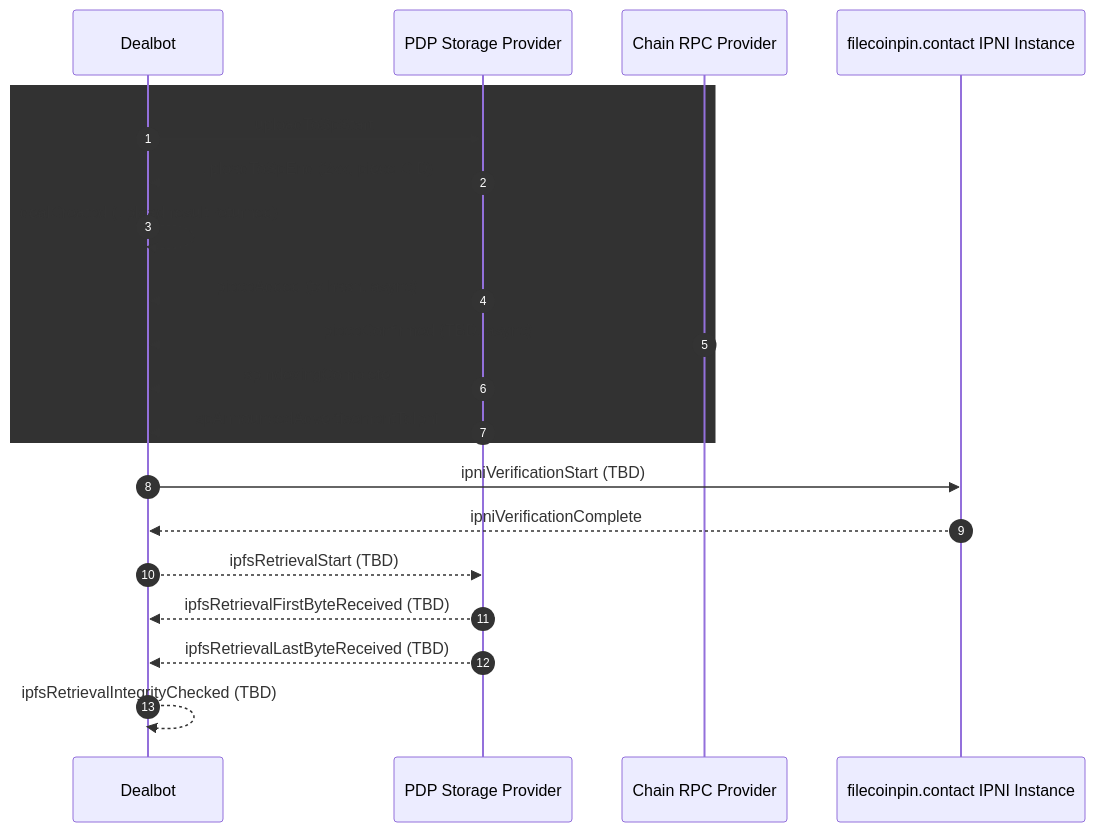
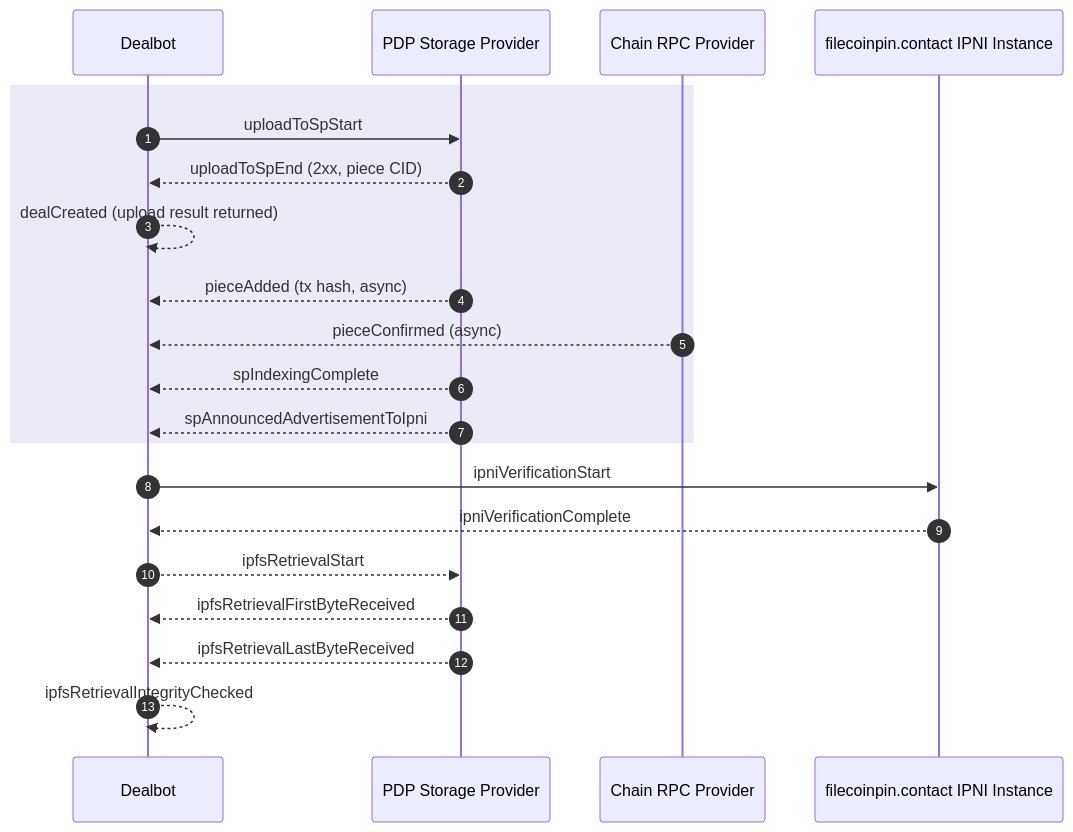
The diagram in docs/checks/events-and-metrics.md (FilOzone/dealbot), drawn with Mermaid before and after one commit. The commit also changed other lines of this file and 2 other files, not shown here.

````diff
--- a/docs/checks/events-and-metrics.md
+++ b/docs/checks/events-and-metrics.md
@@ -13,26 +13,26 @@
 ```mermaid
 sequenceDiagram
   autonumber
   participant Dealbot
   participant SP as PDP Storage Provider
   participant RPC as Chain RPC Provider
   participant IPNI as filecoinpin.contact IPNI Instance
 
-  rect rgb(50, 50, 50)
+  rect rgba(120, 120, 200, 0.15)
     %% Data Storage Only
     Dealbot->>SP: uploadToSpStart
     SP-->>Dealbot: uploadToSpEnd (2xx, piece CID)
     Dealbot-->>Dealbot: dealCreated (upload result returned)
     SP-->>Dealbot: pieceAdded (tx hash, async)
-    RPC-->>Dealbot: pieceConfirmed (TBD, async)
+    RPC-->>Dealbot: pieceConfirmed (async)
     SP-->>Dealbot: spIndexingComplete
     SP-->>Dealbot: spAnnouncedAdvertisementToIpni
   end
 
-  Dealbot->>IPNI: ipniVerificationStart (TBD)
+  Dealbot->>IPNI: ipniVerificationStart
   IPNI-->>Dealbot: ipniVerificationComplete
-  Dealbot-->>SP: ipfsRetrievalStart (TBD)
-  SP-->>Dealbot: ipfsRetrievalFirstByteReceived (TBD)
-  SP-->>Dealbot: ipfsRetrievalLastByteReceived (TBD)
-  Dealbot-->>Dealbot: ipfsRetrievalIntegrityChecked (TBD)
+  Dealbot-->>SP: ipfsRetrievalStart
+  SP-->>Dealbot: ipfsRetrievalFirstByteReceived
+  SP-->>Dealbot: ipfsRetrievalLastByteReceived
+  Dealbot-->>Dealbot: ipfsRetrievalIntegrityChecked
 ```
````
